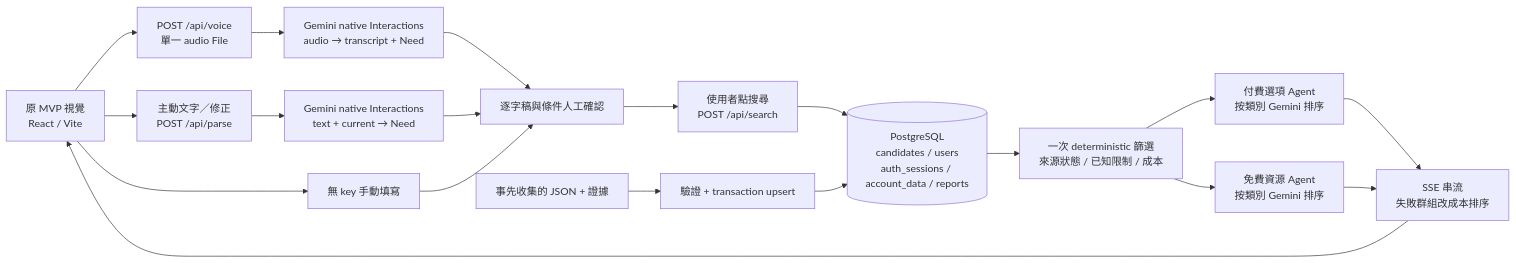
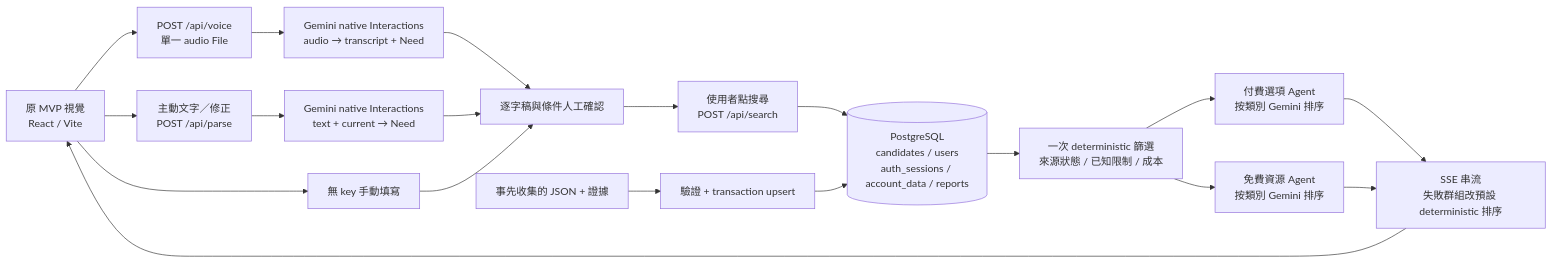
Before and after one commit to TingGeorge/AIL: the diagram in docs/INTEGRATION.md, drawn with Mermaid. The commit also changed other lines of this file and 354 other files, not shown here.

````diff
--- a/docs/INTEGRATION.md
+++ b/docs/INTEGRATION.md
@@ -19,21 +19,21 @@
 ```mermaid
 flowchart LR
   UI[原 MVP 視覺<br/>React / Vite] --> VOICE[POST /api/voice<br/>單一 audio File]
   VOICE --> GEMINI[Gemini native Interactions<br/>audio → transcript + Need]
   GEMINI --> REVIEW[逐字稿與條件人工確認]
   UI --> TEXT[主動文字／修正<br/>POST /api/parse]
   TEXT --> PARSE[Gemini native Interactions<br/>text + current → Need]
   PARSE --> REVIEW
   UI --> MANUAL[無 key 手動填寫]
   MANUAL --> REVIEW
   REVIEW --> SEARCH[使用者點搜尋<br/>POST /api/search]
   SEARCH --> DB[(PostgreSQL<br/>candidates / users<br/>auth_sessions / account_data / reports)]
   DB --> FILTER[一次 deterministic 篩選<br/>來源狀態 / 已知限制 / 成本]
   FILTER --> PAID[付費選項 Agent<br/>按類別 Gemini 排序]
   FILTER --> FREE[免費資源 Agent<br/>按類別 Gemini 排序]
-  PAID --> SSE[SSE 串流<br/>失敗群組改成本排序]
+  PAID --> SSE[SSE 串流<br/>失敗群組改預設 deterministic 排序]
   FREE --> SSE
   SSE --> UI
   FILES[事先收集的 JSON + 證據] --> IMPORT[驗證 + transaction upsert]
   IMPORT --> DB
 ```
````
